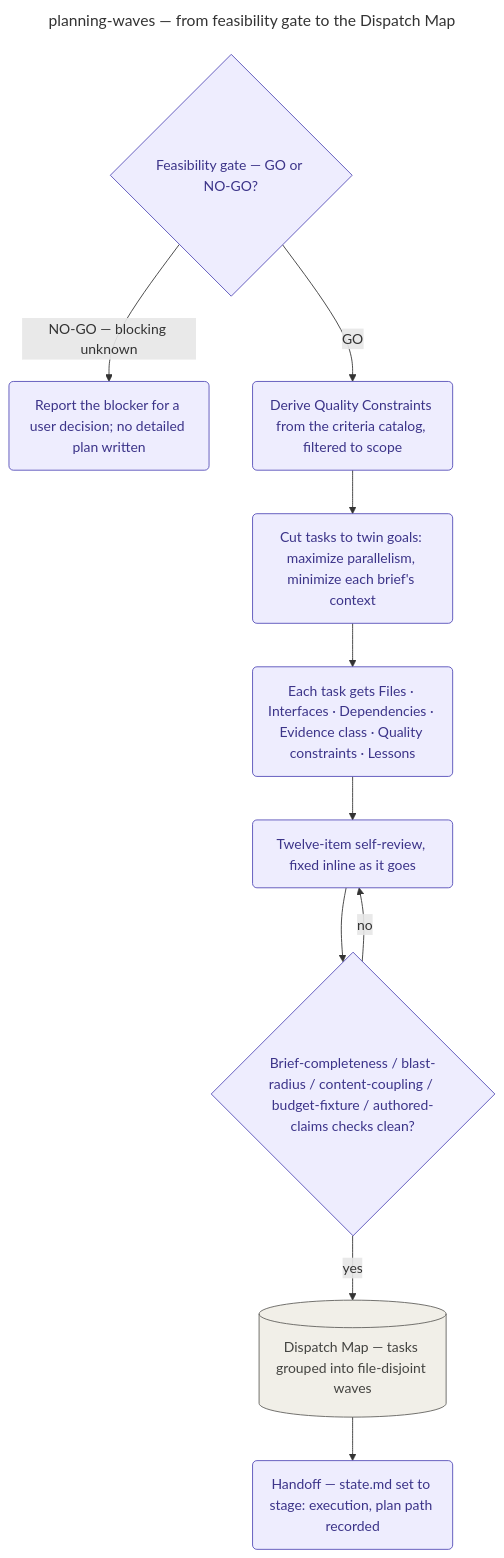
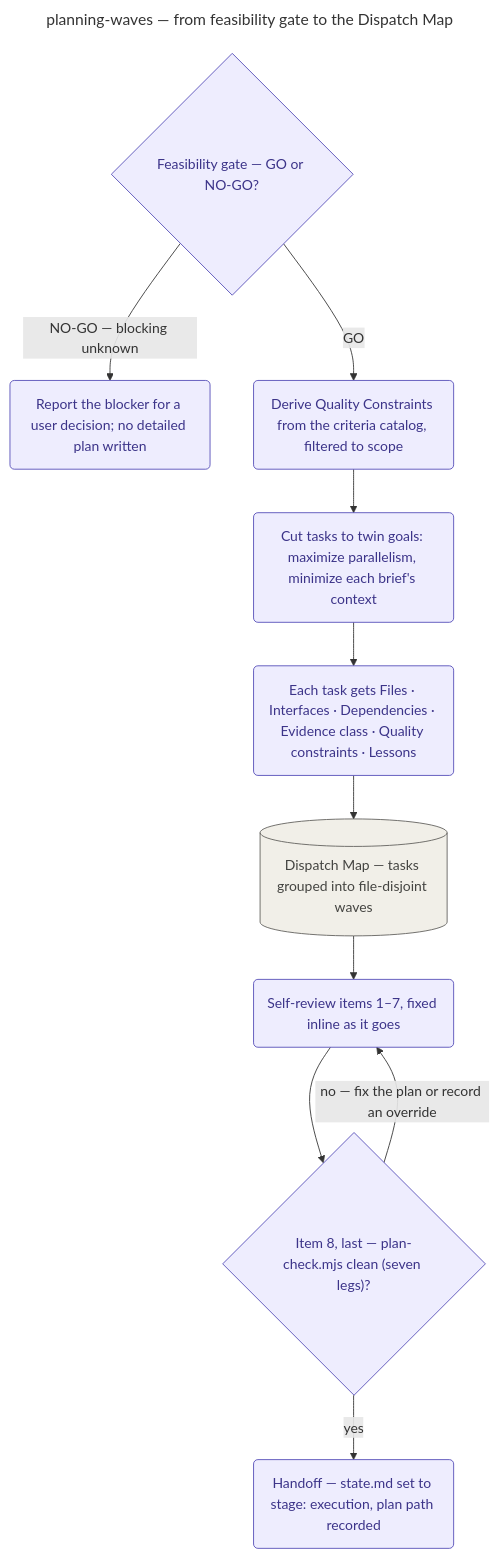
The diagram in docs/playbooks/planning-waves/README.md (KonstantinRoehrl/devcycle), drawn with Mermaid before and after one commit. The commit also changed other lines of this file and 62 other files, not shown here.

First line of the commit message:
feat(doctor): record subagent context depth, gate plans with one plan-check, and print overview tables in every doctor reply

````diff
--- a/docs/playbooks/planning-waves/README.md
+++ b/docs/playbooks/planning-waves/README.md
@@ -64,21 +62,21 @@
 ```mermaid
 ---
 title: planning-waves — from feasibility gate to the Dispatch Map
-accDescr: Playbook-internal flowchart of the planning stage, from the feasibility gate's GO/NO-GO verdict through quality-constraint derivation, task cutting to the twin goals of parallelism and minimal context, the twelve-item self-review gate, the Dispatch Map, and the handoff to execution.
+accDescr: Playbook-internal flowchart of the planning stage, from the feasibility gate's GO/NO-GO verdict through quality-constraint derivation, task cutting to the twin goals of parallelism and minimal context, the Dispatch Map, the eight-item self-review ending in the plan gate, and the handoff to execution.
 ---
 flowchart TD
     FEAS{"Feasibility gate — GO or NO-GO?"}:::stage
     FEAS -->|"NO-GO — blocking unknown"| REPORT("Report the blocker for a user decision; no detailed plan written"):::stage
     FEAS -->|GO| QC("Derive Quality Constraints from the criteria catalog, filtered to scope"):::stage
     QC --> CUT("Cut tasks to twin goals: maximize parallelism, minimize each brief's context"):::stage
     CUT --> TASK("Each task gets Files · Interfaces · Dependencies · Evidence class · Quality constraints · Lessons"):::stage
-    TASK --> SELFREVIEW("Twelve-item self-review, fixed inline as it goes"):::stage
-    SELFREVIEW --> GATE{"Brief-completeness / blast-radius / content-coupling / budget-fixture / authored-claims checks clean?"}:::stage
-    GATE -->|no| SELFREVIEW
-    GATE -->|yes| MAP[("Dispatch Map — tasks grouped into file-disjoint waves")]:::structural
-    MAP --> HANDOFF("Handoff — state.md set to stage: execution, plan path recorded"):::stage
+    TASK --> MAP[("Dispatch Map — tasks grouped into file-disjoint waves")]:::structural
+    MAP --> SELFREVIEW("Self-review items 1–7, fixed inline as it goes"):::stage
+    SELFREVIEW --> GATE{"Item 8, last — plan-check.mjs clean (seven legs)?"}:::stage
+    GATE -->|"no — fix the plan or record an override"| SELFREVIEW
+    GATE -->|yes| HANDOFF("Handoff — state.md set to stage: execution, plan path recorded"):::stage
 
     classDef stage fill:#EEEDFE,stroke:#534AB7,color:#3C3489;
     classDef tool fill:#E1F5EE,stroke:#0F6E56,color:#085041,stroke-dasharray:5 5;
     classDef structural fill:#F1EFE8,stroke:#5F5E5A,color:#444441;
 ```
````
